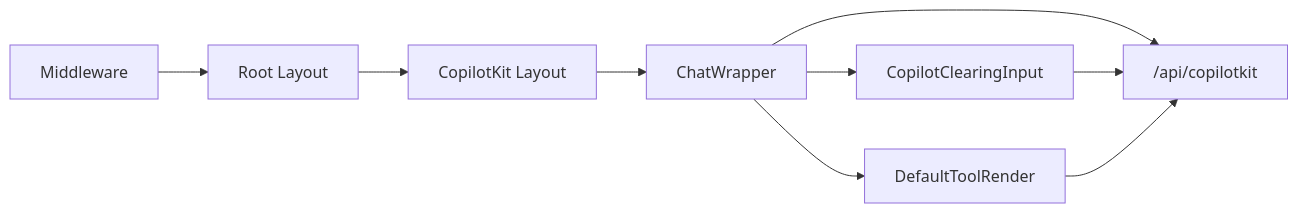
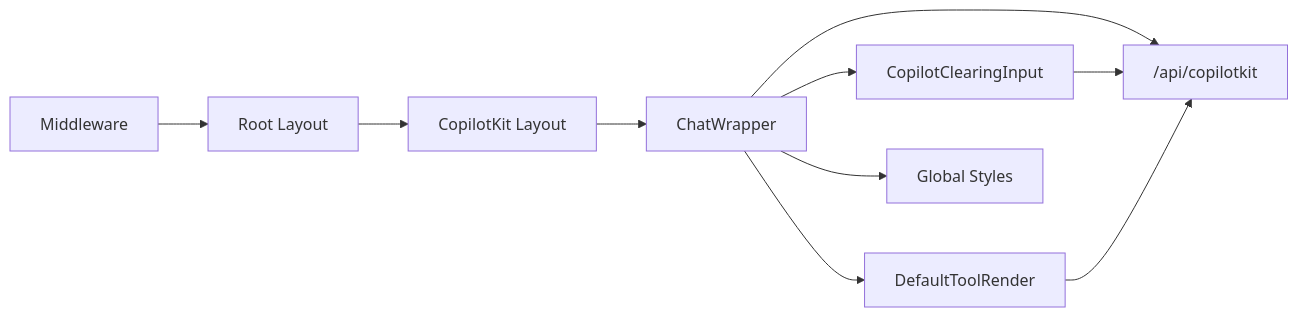
Before and after one commit to peixuanhu/goal-mate: the sixth of 6 diagrams in .qoder/repowiki/en/content/Feature Modules/AI Chat Interface.md, drawn with Mermaid. The commit also changed other lines of this file and 10 other files, not shown here.

````diff
--- a/.qoder/repowiki/en/content/Feature Modules/AI Chat Interface.md
+++ b/.qoder/repowiki/en/content/Feature Modules/AI Chat Interface.md
@@ -259,11 +326,12 @@
 ```mermaid
 graph LR
 CW["ChatWrapper"] --> CI["CopilotClearingInput"]
 CW --> DTR["DefaultToolRender"]
+CW --> GCSS["Global Styles"]
 CW --> RT["/api/copilotkit"]
 CI --> RT
 DTR --> RT
 RL["Root Layout"] --> CL["CopilotKit Layout"]
 CL --> CW
 MW["Middleware"] --> RL
 ```
````
